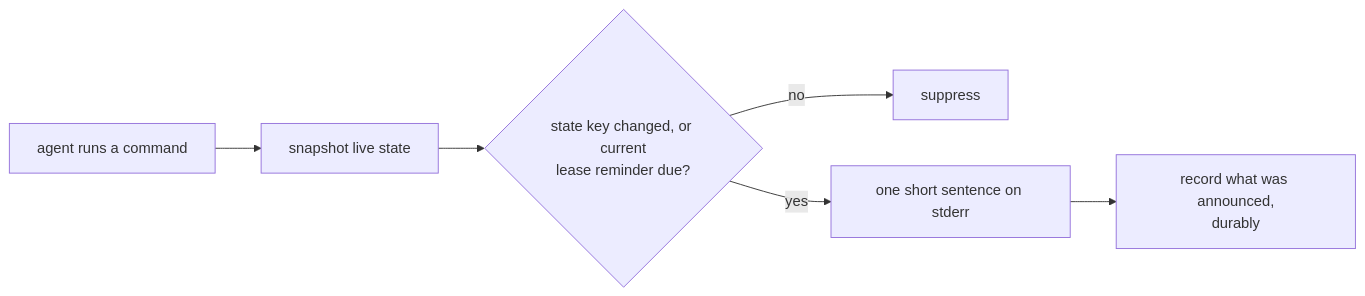
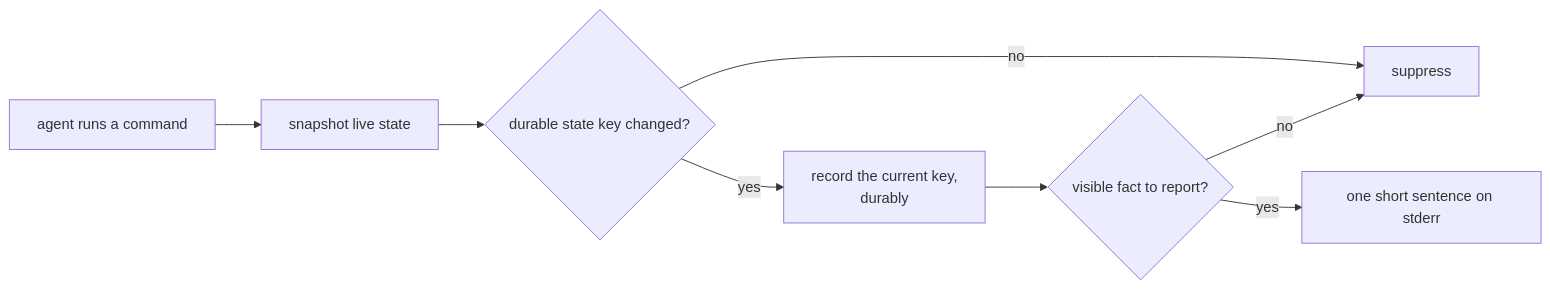
Before and after one commit to infimalabs/spice-rust: the eighth of 11 diagrams in docs/product/planes/session.md, drawn with Mermaid. The commit also changed other lines of this file and 6 other files, not shown here.

````diff
--- a/docs/product/planes/session.md
+++ b/docs/product/planes/session.md
@@ -353,8 +353,10 @@
 ```mermaid
 flowchart LR
   C["agent runs a command"] --> S["snapshot live state"]
-  S --> R{"state key changed, or current<br/>lease reminder due?"}
+  S --> R{"durable state key changed?"}
   R -- no --> Q[suppress]
-  R -- yes --> E["one short sentence on stderr"]
-  E --> W["record what was announced,<br/>durably"]
+  R -- yes --> W["record the current key,<br/>durably"]
+  W --> V{"visible fact to report?"}
+  V -- no --> Q
+  V -- yes --> E["one short sentence on stderr"]
 ```
````
